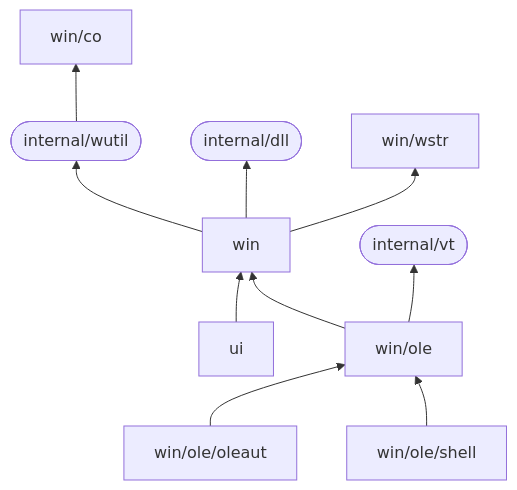
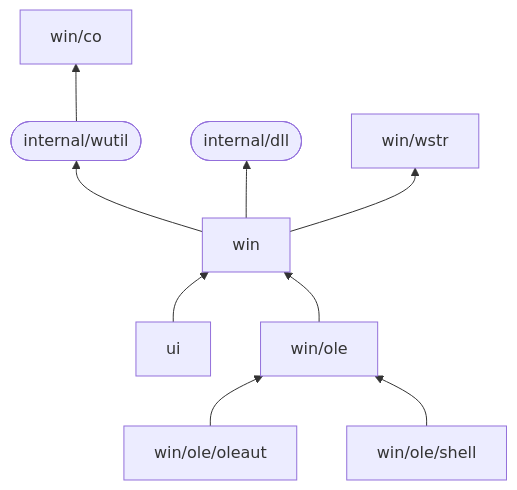
One commit to rodrigocfd/windigo changed the diagram in README.md. Above: the diagram before and after it, drawn with Mermaid. The commit also changed 32 other files, not shown here.

````diff
--- a/README.md
+++ b/README.md
@@ -115,12 +115,11 @@
 ```mermaid
 flowchart BT
     internal/wutil([internal/wutil]) --> win/co
     ui --> win
     win --> internal/dll([internal/dll])
     win --> internal/wutil
     win --> win/wstr
-    win/ole --> internal/vt([internal/vt])
     win/ole --> win
     win/ole/oleaut --> win/ole
     win/ole/shell --> win/ole
 ```
````
